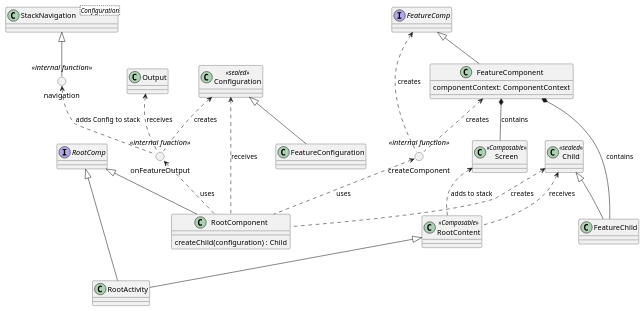
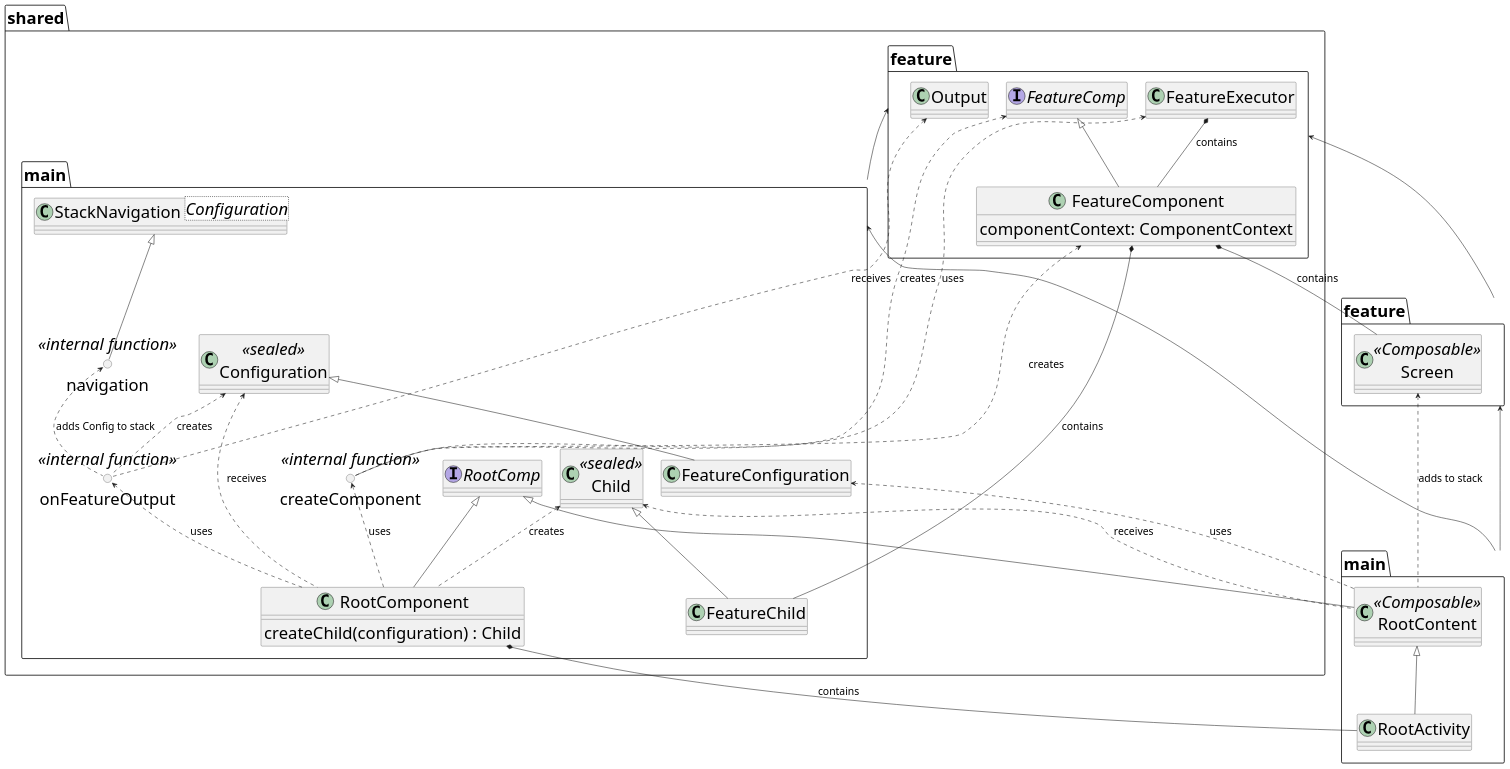
Before and after one commit to herrbert74/companies-house: the diagram in feature-main/Main Classes.puml, drawn with PlantUML. The commit also changed 14 other files, not shown here.

```diff
--- a/feature-main/Main Classes.puml
+++ b/feature-main/Main Classes.puml
@@ -1,45 +1,68 @@
 @startuml
 'https://plantuml.com/class-diagram
+skinparam defaultFontSize 32
+skinparam ArrowFontSize 20
 
-interface RootComp
-class RootComponent
-class Output
-class RootContent <<Composable>>
-class Screen <<Composable>>
-class RootActivity
-class Child <<sealed>>
-class FeatureChild
-interface FeatureComp
-class FeatureComponent
-class Configuration <<sealed>>
-class FeatureConfiguration
-class StackNavigation<Configuration>
-circle createComponent <<internal function>>
-circle navigation <<internal function>>
-circle onFeatureOutput <<internal function>>
+package shared.main {
+	interface RootComp
+	class RootComponent
+	RootComponent : createChild(configuration) : Child
+	class StackNavigation<Configuration>
+	circle navigation <<internal function>>
+	circle onFeatureOutput <<internal function>>
+	class Child <<sealed>>
+	class FeatureChild
+	class Configuration <<sealed>>
+	class FeatureConfiguration
 
-RootComponent : createChild(configuration) : Child
-FeatureComponent : componentContext: ComponentContext
+	circle createComponent <<internal function>>
+}
+
+package shared.feature {
+	interface FeatureComp
+	class FeatureExecutor
+	class FeatureComponent
+	class Output
+	FeatureComponent : componentContext: ComponentContext
+}
+
+package main {
+	class RootActivity
+	class RootContent <<Composable>>
+}
+
+package feature {
+	class Screen <<Composable>>
+}
+
+shared.feature <-down- shared.main
+feature <-down- main
+shared.main <-down- main
+shared.feature <-down- feature
 
 RootComp <|-- RootComponent
 Child <|-- FeatureChild
 FeatureComponent *-- FeatureChild : contains
 FeatureComponent *-- Screen : contains
+FeatureExecutor *-- FeatureComponent : contains
 FeatureComp <|-- FeatureComponent
 Configuration <|-- FeatureConfiguration
 FeatureComp <.. createComponent : creates
 FeatureComponent <.. createComponent : creates
+FeatureExecutor <.. createComponent : uses
 Child <.. RootComponent : creates
 Configuration <.. RootComponent : receives
 Child <.. RootContent : receives
 Output <.. onFeatureOutput : receives
 Configuration <.. onFeatureOutput : creates
 onFeatureOutput <.. RootComponent : uses
 createComponent <.. RootComponent : uses
 navigation <.. onFeatureOutput : adds Config to stack
 Screen <.. RootContent : adds to stack
-RootComp <|-- RootActivity
+RootComp <|-- RootContent
+FeatureConfiguration <.. RootContent : uses
+RootComponent *-- RootActivity : contains
 RootContent <|-- RootActivity
 StackNavigation <|-- navigation
 
 @enduml
```
